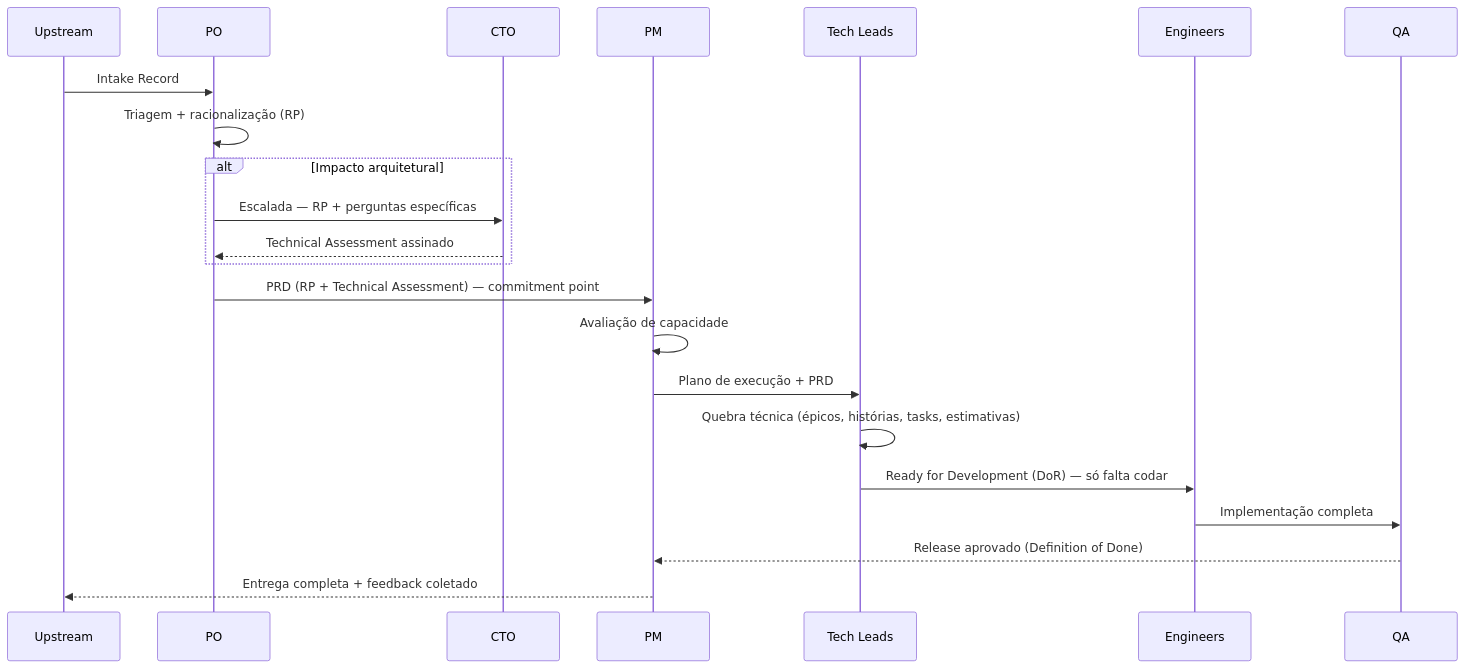
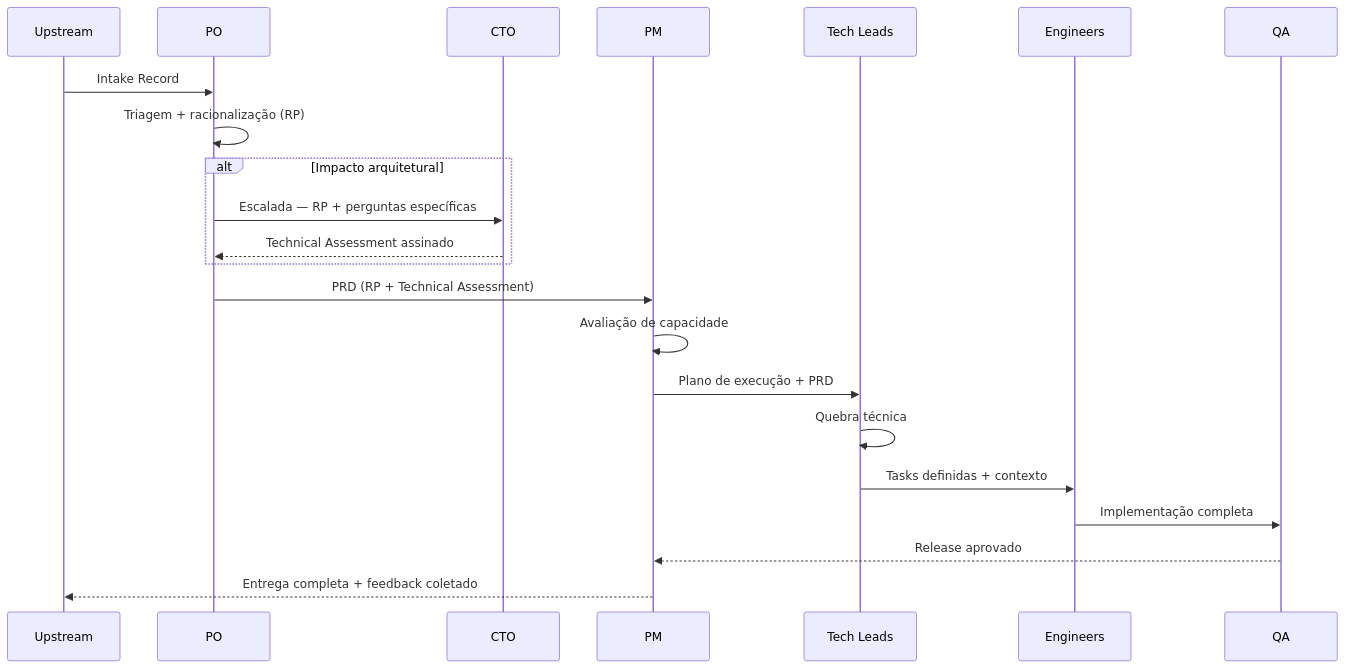
Before and after one commit to hugo-hsbtech/teamwork-process: the eighth of 11 diagrams in README.md, drawn with Mermaid. The commit also changed other lines of this file and 9 other files, not shown here.

````diff
--- a/README.md
+++ b/README.md
@@ -412,25 +401,25 @@
 ```mermaid
 sequenceDiagram
     participant UP as Upstream
     participant PO as PO
     participant CTO as CTO
     participant PM as PM
     participant TL as Tech Leads
     participant ENG as Engineers
     participant QA as QA
 
     UP->>PO: Intake Record
     PO->>PO: Triagem + racionalização (RP)
     alt Impacto arquitetural
         PO->>CTO: Escalada — RP + perguntas específicas
         CTO-->>PO: Technical Assessment assinado
     end
-    PO->>PM: PRD (RP + Technical Assessment) — commitment point
+    PO->>PM: PRD (RP + Technical Assessment)
     PM->>PM: Avaliação de capacidade
     PM->>TL: Plano de execução + PRD
-    TL->>TL: Quebra técnica (épicos, histórias, tasks, estimativas)
-    TL->>ENG: Ready for Development (DoR) — só falta codar
+    TL->>TL: Quebra técnica
+    TL->>ENG: Tasks definidas + contexto
     ENG->>QA: Implementação completa
-    QA-->>PM: Release aprovado (Definition of Done)
+    QA-->>PM: Release aprovado
     PM-->>UP: Entrega completa + feedback coletado
 ```
````
